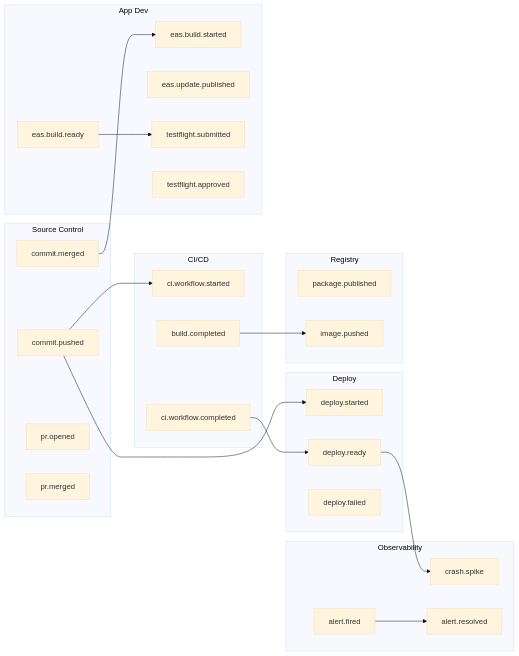
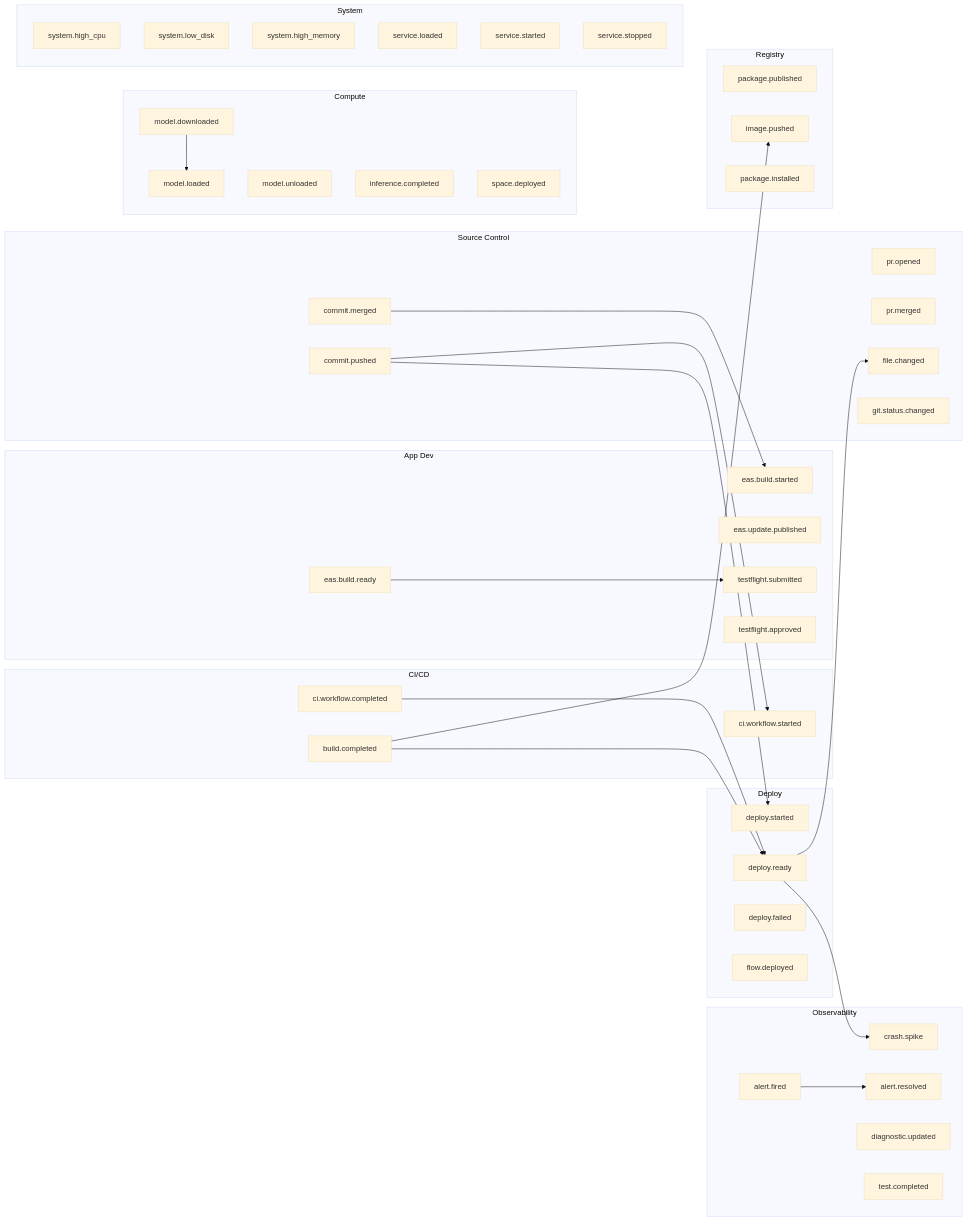
The second of 2 diagrams in docs/anti-miswiring-plugin-extensions.md (supportersimulator/v0-Context-DNA-1), drawn with Mermaid (base theme) before and after one commit. The commit also changed other lines of this file and 23 other files, not shown here.

````diff
--- a/docs/anti-miswiring-plugin-extensions.md
+++ b/docs/anti-miswiring-plugin-extensions.md
@@ -1418,49 +2022,75 @@
 ```mermaid
 graph LR
     subgraph Source Control
         CP[commit.pushed]
         CM[commit.merged]
         PO[pr.opened]
         PM[pr.merged]
+        FC[file.changed]
+        GS[git.status.changed]
     end
 
     subgraph CI/CD
         CWS[ci.workflow.started]
         CWC[ci.workflow.completed]
         BC[build.completed]
     end
 
     subgraph App Dev
         EBS[eas.build.started]
         EBR[eas.build.ready]
         EUP[eas.update.published]
         TFS[testflight.submitted]
         TFA[testflight.approved]
     end
 
     subgraph Deploy
         DS[deploy.started]
         DR[deploy.ready]
         DF[deploy.failed]
+        FD[flow.deployed]
     end
 
     subgraph Observability
         CS[crash.spike]
         AF[alert.fired]
         AR[alert.resolved]
+        DU[diagnostic.updated]
+        TC[test.completed]
     end
 
     subgraph Registry
         PP[package.published]
         IP[image.pushed]
+        PI[package.installed]
+    end
+
+    subgraph Compute
+        ML[model.loaded]
+        MD[model.downloaded]
+        MU[model.unloaded]
+        IC[inference.completed]
+        SD[space.deployed]
+    end
+
+    subgraph System
+        HC[system.high_cpu]
+        LD[system.low_disk]
+        HM[system.high_memory]
+        SL[service.loaded]
+        SS[service.started]
+        SP[service.stopped]
     end
 
     CP --> CWS
     CP --> DS
     CM --> EBS
     CWC --> DR
     BC --> IP
+    BC --> DR
     EBR --> TFS
     DR --> CS
+    DR --> FC
     AF --> AR
+    MD --> ML
 ```
````
